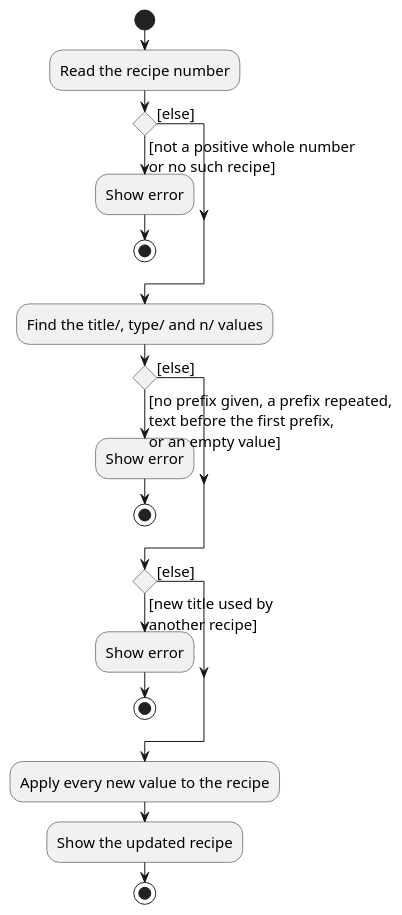
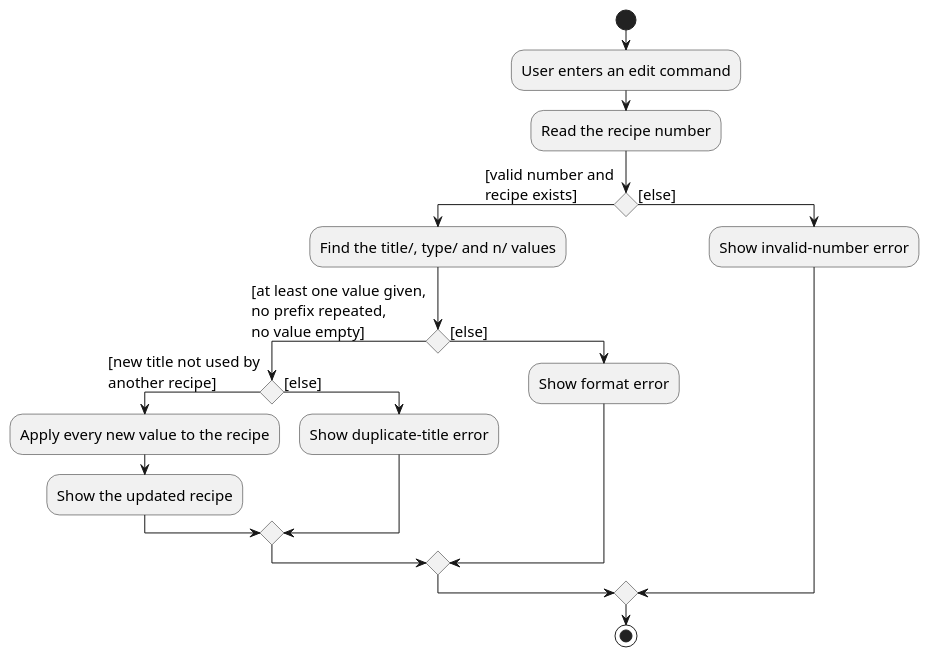
One commit to AY2627S1-CS2113-W14-3/tp changed the diagram in docs/diagrams/edit-recipe-activity.puml. Above: the diagram before and after it, drawn with PlantUML. The commit also changed 4 other files, not shown here.

```diff
--- a/docs/diagrams/edit-recipe-activity.puml
+++ b/docs/diagrams/edit-recipe-activity.puml
@@ -1,28 +1,26 @@
 @startuml
 skinparam monochrome true
 skinparam shadowing false
 skinparam defaultFontName SansSerif
 skinparam defaultFontSize 15
 
 start
+:User enters an edit command;
 :Read the recipe number;
-if () then ([not a positive whole number\nor no such recipe])
-  :Show error;
-  stop
+if () then ([valid number and\nrecipe exists])
+  :Find the title/, type/ and n/ values;
+  if () then ([at least one value given,\nno prefix repeated,\nno value empty])
+    if () then ([new title not used by\nanother recipe])
+      :Apply every new value to the recipe;
+      :Show the updated recipe;
+    else ([else])
+      :Show duplicate-title error;
+    endif
+  else ([else])
+    :Show format error;
+  endif
 else ([else])
+  :Show invalid-number error;
 endif
-:Find the title/, type/ and n/ values;
-if () then ([no prefix given, a prefix repeated,\ntext before the first prefix,\nor an empty value])
-  :Show error;
-  stop
-else ([else])
-endif
-if () then ([new title used by\nanother recipe])
-  :Show error;
-  stop
-else ([else])
-endif
-:Apply every new value to the recipe;
-:Show the updated recipe;
 stop
 @enduml
```
